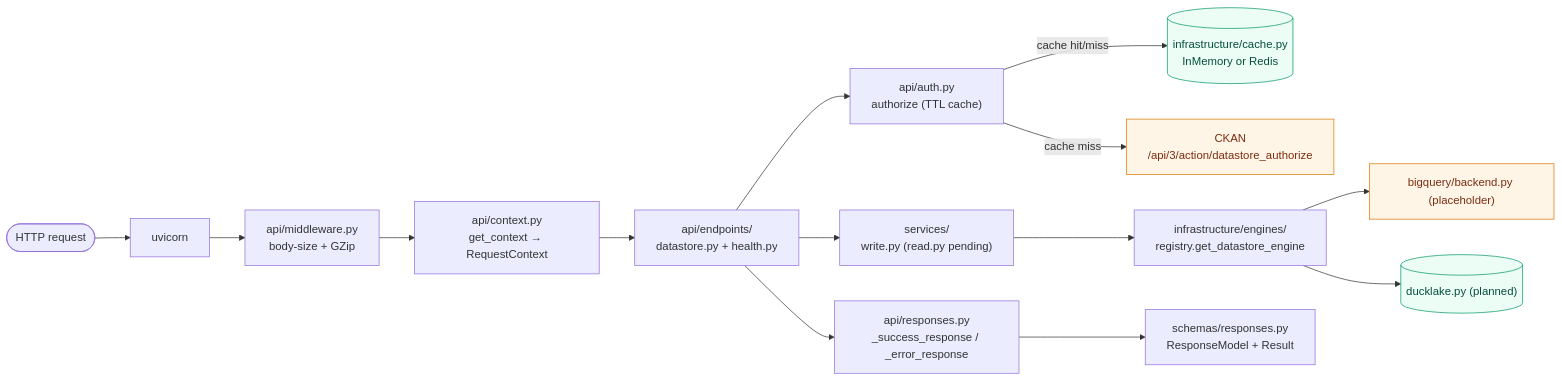
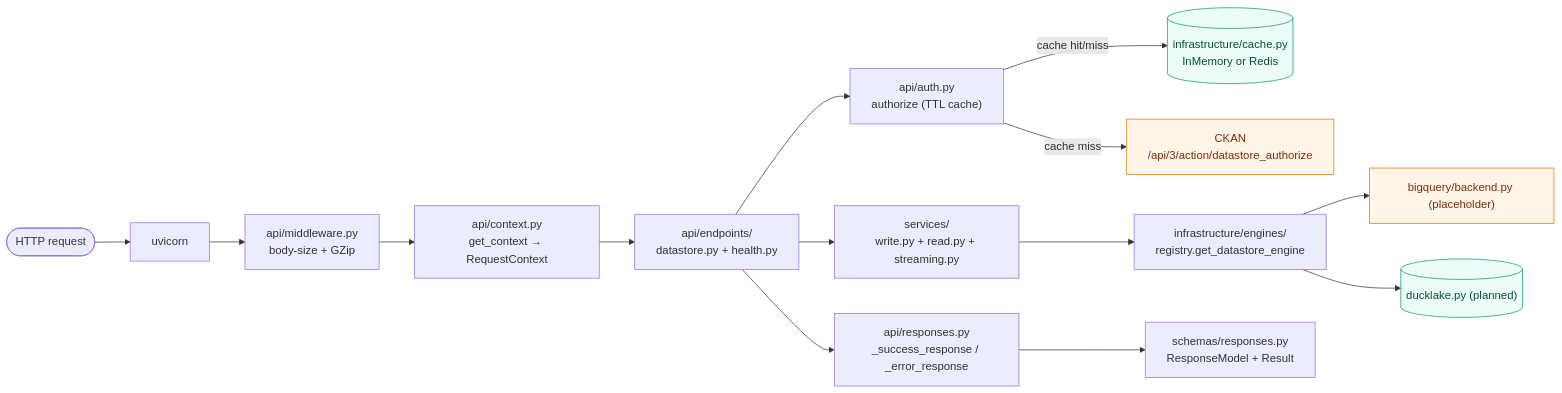
The second of 2 diagrams in CLAUDE.md (datopian/datastore), drawn with Mermaid before and after one commit. The commit also changed other lines of this file and 10 other files, not shown here.

````diff
--- a/CLAUDE.md
+++ b/CLAUDE.md
@@ -285,21 +287,21 @@
 ```mermaid
 flowchart LR
     HTTP([HTTP request]) --> Uvicorn["uvicorn"]
     Uvicorn --> MW["api/middleware.py\nbody-size + GZip"]
     MW --> Ctx["api/context.py\nget_context → RequestContext"]
     Ctx --> Routes["api/endpoints/\ndatastore.py + health.py"]
     Routes --> Auth["api/auth.py\nauthorize (TTL cache)"]
     Auth -->|cache hit/miss| Cache[("infrastructure/cache.py\nInMemory or Redis")]
     Auth -->|cache miss| CKANSvc["CKAN\n/api/3/action/datastore_authorize"]
-    Routes --> Svc["services/\nwrite.py (read.py pending)"]
+    Routes --> Svc["services/\nwrite.py + read.py + streaming.py"]
     Svc --> Eng["infrastructure/engines/\nregistry.get_datastore_engine"]
     Eng --> BQ["bigquery/backend.py (placeholder)"]
     Eng --> DL[("ducklake.py (planned)")]
     Routes --> Resp["api/responses.py\n_success_response / _error_response"]
     Resp --> Schema["schemas/responses.py\nResponseModel + Result"]
 
     classDef ext fill:#fff5e6,stroke:#d97706,color:#7c2d12
     classDef store fill:#ecfdf5,stroke:#059669,color:#064e3b
     class CKANSvc,BQ ext
     class Cache,DL store
 ```
````
